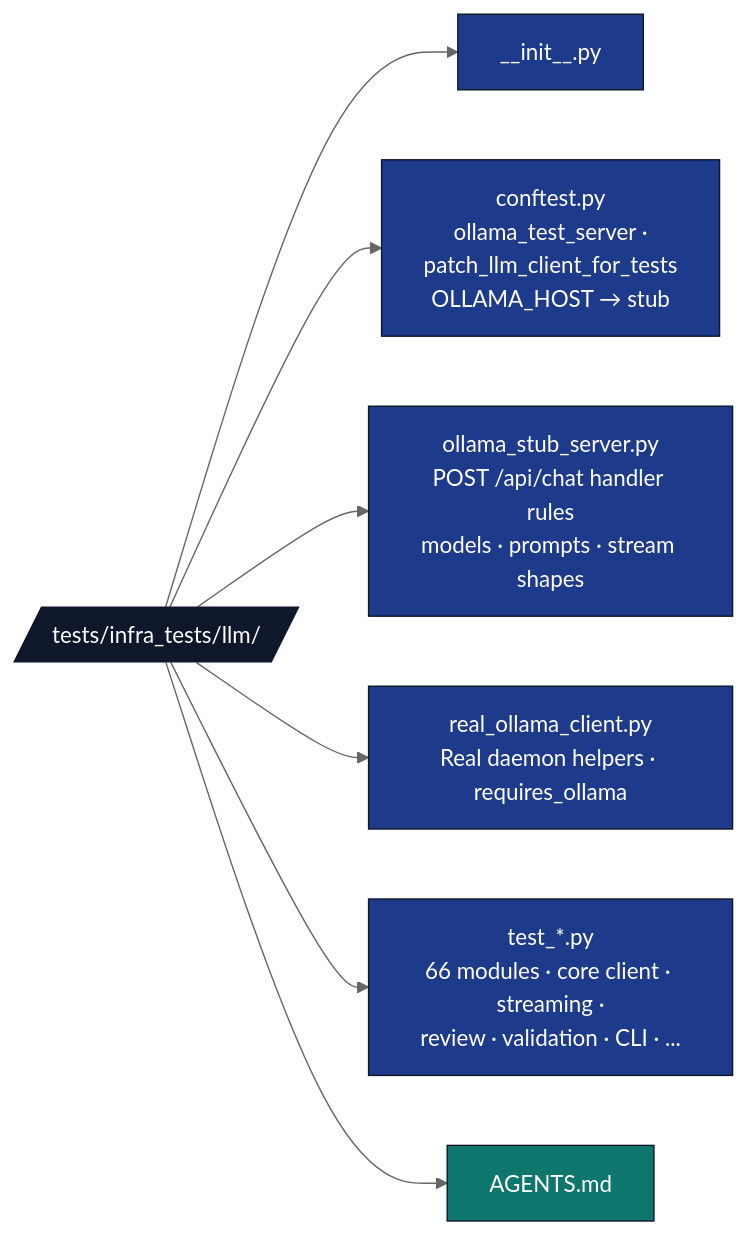
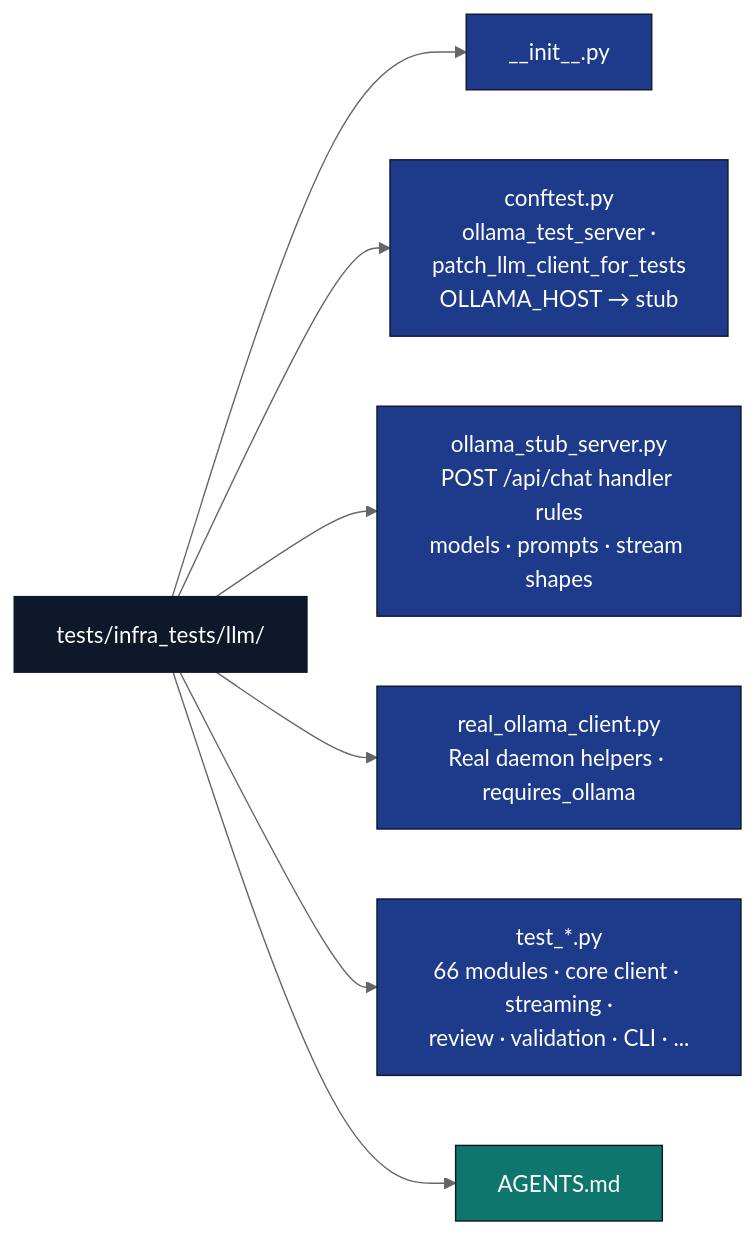
The diagram in tests/infra_tests/llm/AGENTS.md (docxology/template), drawn with Mermaid (neutral theme) before and after one commit. The commit also changed 94 other files, not shown here.

````diff
--- a/tests/infra_tests/llm/AGENTS.md
+++ b/tests/infra_tests/llm/AGENTS.md
@@ -23,17 +23,17 @@
 ```mermaid
 flowchart LR
-    T[/tests/infra_tests/llm//]
+    T[tests/infra_tests/llm/]
     T --> INIT[__init__.py]
     T --> CFG[conftest.py<br/>ollama_test_server ·<br/>patch_llm_client_for_tests<br/>OLLAMA_HOST → stub]
     T --> STUB[ollama_stub_server.py<br/>POST /api/chat handler rules<br/>models · prompts · stream shapes]
     T --> REAL[real_ollama_client.py<br/>Real daemon helpers · requires_ollama]
     T --> TESTS[test_*.py<br/>66 modules · core client · streaming ·<br/>review · validation · CLI · ...]
     T --> AG[AGENTS.md]
 
     classDef d fill:#0f172a,stroke:#0f172a,color:#fff
     classDef code fill:#1e3a8a,stroke:#0f172a,color:#fff
     classDef doc fill:#0f766e,stroke:#0f172a,color:#fff
     class T d
     class INIT,CFG,STUB,REAL,TESTS code
     class AG doc
 ```
````
